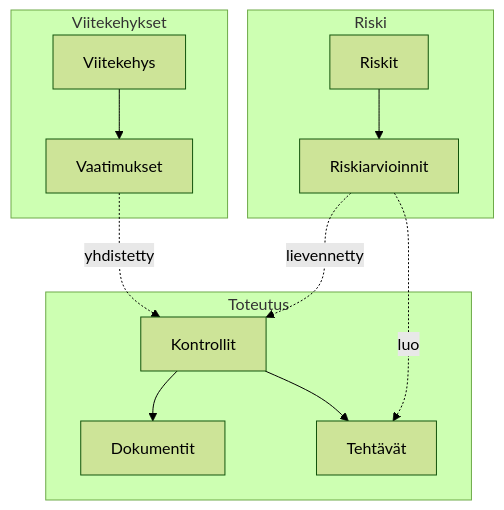
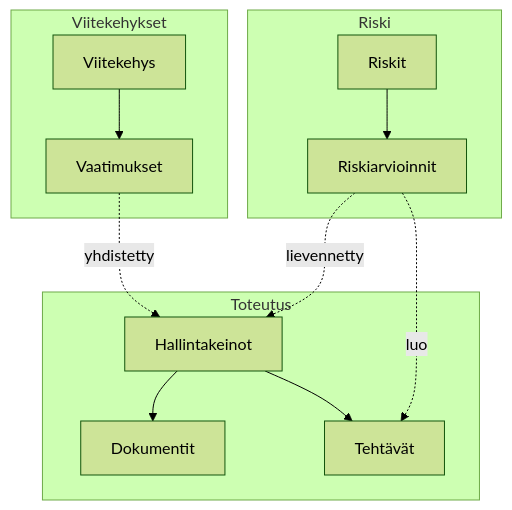
The diagram in i18n/fi/docusaurus-plugin-content-docs/current/getting-started/key-concepts.md (tekve/gover-docs), drawn with Mermaid (forest theme) before and after one commit. The commit also changed other lines of this file and 38 other files, not shown here.

Commit message:
Rename Kontrollit to Hallintakeinot in Finnish

````diff
--- a/i18n/fi/docusaurus-plugin-content-docs/current/getting-started/key-concepts.md
+++ b/i18n/fi/docusaurus-plugin-content-docs/current/getting-started/key-concepts.md
@@ -11,16 +11,16 @@
 ```mermaid
 flowchart TB
     subgraph Viitekehykset
         F[Viitekehys] --> R[Vaatimukset]
     end
     subgraph Toteutus
-        C[Kontrollit] --> D[Dokumentit]
+        C[Hallintakeinot] --> D[Dokumentit]
         C --> T[Tehtävät]
     end
     subgraph Riski
         RI[Riskit] --> RA[Riskiarvioinnit]
     end
     R -.->|yhdistetty| C
     RA -.->|lievennetty| C
     RA -.->|luo| T
 ```
````
